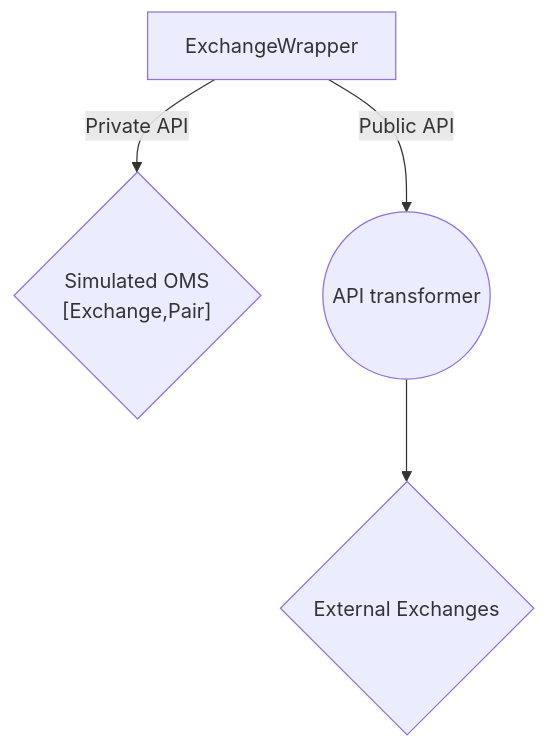
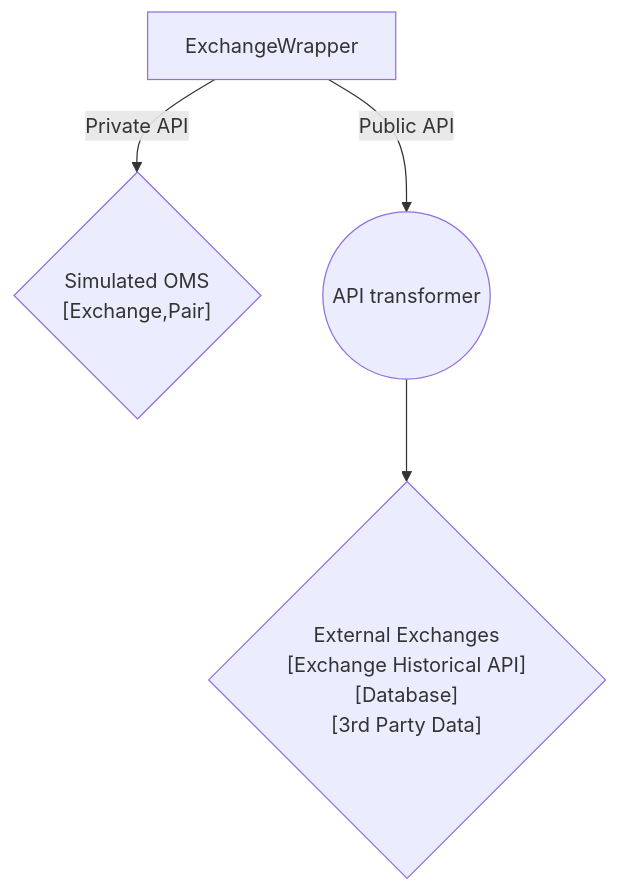
One commit to starcrypto/exchangeWrapper changed the first of 2 diagrams in docs/ARCHITECTURE.md. Above: the diagram before and after it, drawn with Mermaid. The commit also changed other lines of this file, not shown here.

Commit message:
update ARCHITECTURE

````diff
--- a/docs/ARCHITECTURE.md
+++ b/docs/ARCHITECTURE.md
@@ -1,6 +1,6 @@
 ```mermaid
 graph TD;
     A[ExchangeWrapper]-- Private API -->B{"Simulated OMS\n[Exchange,Pair]"};
     A--Public API-->C((API transformer));
-    C-->D{External Exchanges};
+    C-->D{"External Exchanges\n[Exchange Historical API]\n[Database]\n[3rd Party Data]"};
 ```
````
